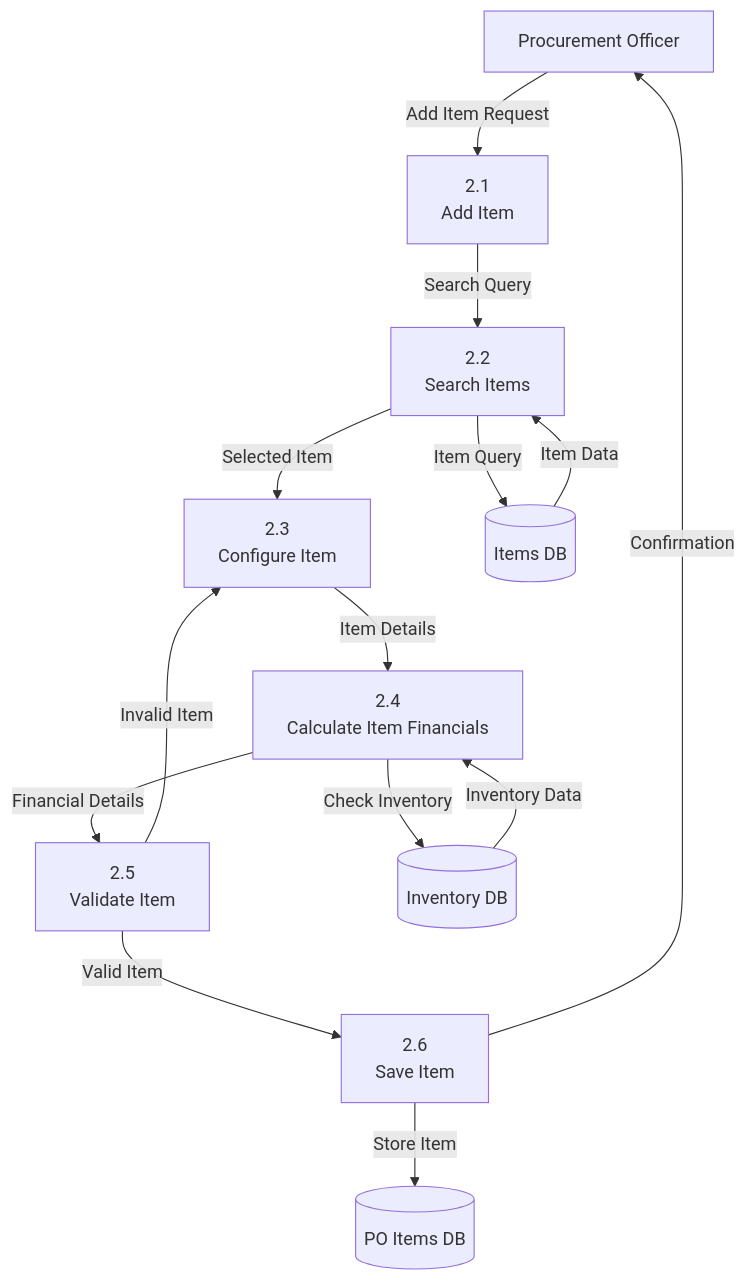
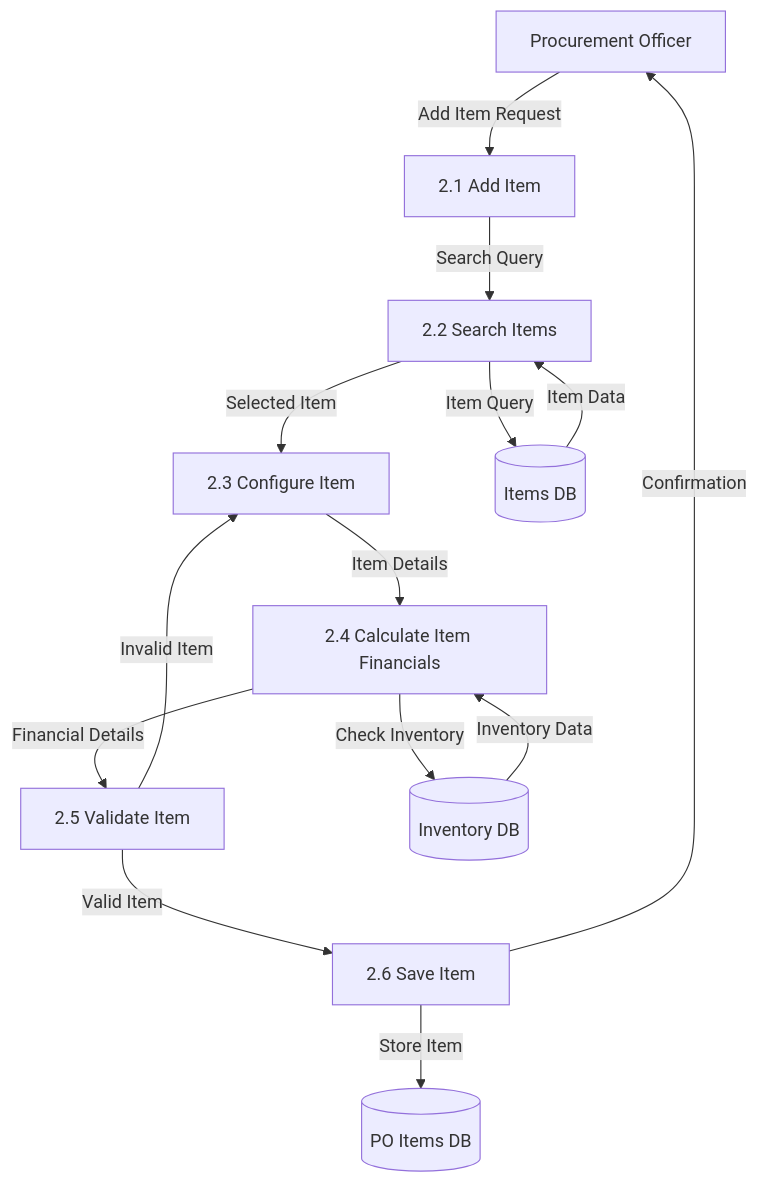
One commit to CarmenSoftware-organization/carmen changed the fourth of 6 diagrams in docs/po/purchase-order-data-flow.md. Above: the diagram before and after it, drawn with Mermaid. The commit also changed other lines of this file and 55 other files, not shown here.

````diff
--- a/docs/po/purchase-order-data-flow.md
+++ b/docs/po/purchase-order-data-flow.md
@@ -115,36 +115,36 @@
 ```mermaid
 flowchart TD
     %% External Entities
     ProcurementOfficer[Procurement Officer]
     
     %% Processes
-    AddItem[2.1\nAdd Item]
-    SearchItems[2.2\nSearch Items]
-    ConfigureItem[2.3\nConfigure Item]
-    CalculateItemFinancials[2.4\nCalculate Item Financials]
-    ValidateItem[2.5\nValidate Item]
-    SaveItem[2.6\nSave Item]
+    AddItem[2.1 Add Item]
+    SearchItems[2.2 Search Items]
+    ConfigureItem[2.3 Configure Item]
+    CalculateItemFinancials[2.4 Calculate Item Financials]
+    ValidateItem[2.5 Validate Item]
+    SaveItem[2.6 Save Item]
     
     %% Data Stores
     ItemsDB[(Items DB)]
     PurchaseOrderItemsDB[(PO Items DB)]
     InventoryDB[(Inventory DB)]
     
     %% Data Flows
     ProcurementOfficer -->|Add Item Request| AddItem
     AddItem -->|Search Query| SearchItems
     SearchItems -->|Item Query| ItemsDB
     ItemsDB -->|Item Data| SearchItems
     SearchItems -->|Selected Item| ConfigureItem
     
     ConfigureItem -->|Item Details| CalculateItemFinancials
     CalculateItemFinancials -->|Check Inventory| InventoryDB
     InventoryDB -->|Inventory Data| CalculateItemFinancials
     CalculateItemFinancials -->|Financial Details| ValidateItem
     
     ValidateItem -->|Valid Item| SaveItem
     ValidateItem -->|Invalid Item| ConfigureItem
     
     SaveItem -->|Store Item| PurchaseOrderItemsDB
     SaveItem -->|Confirmation| ProcurementOfficer
 ```
````
